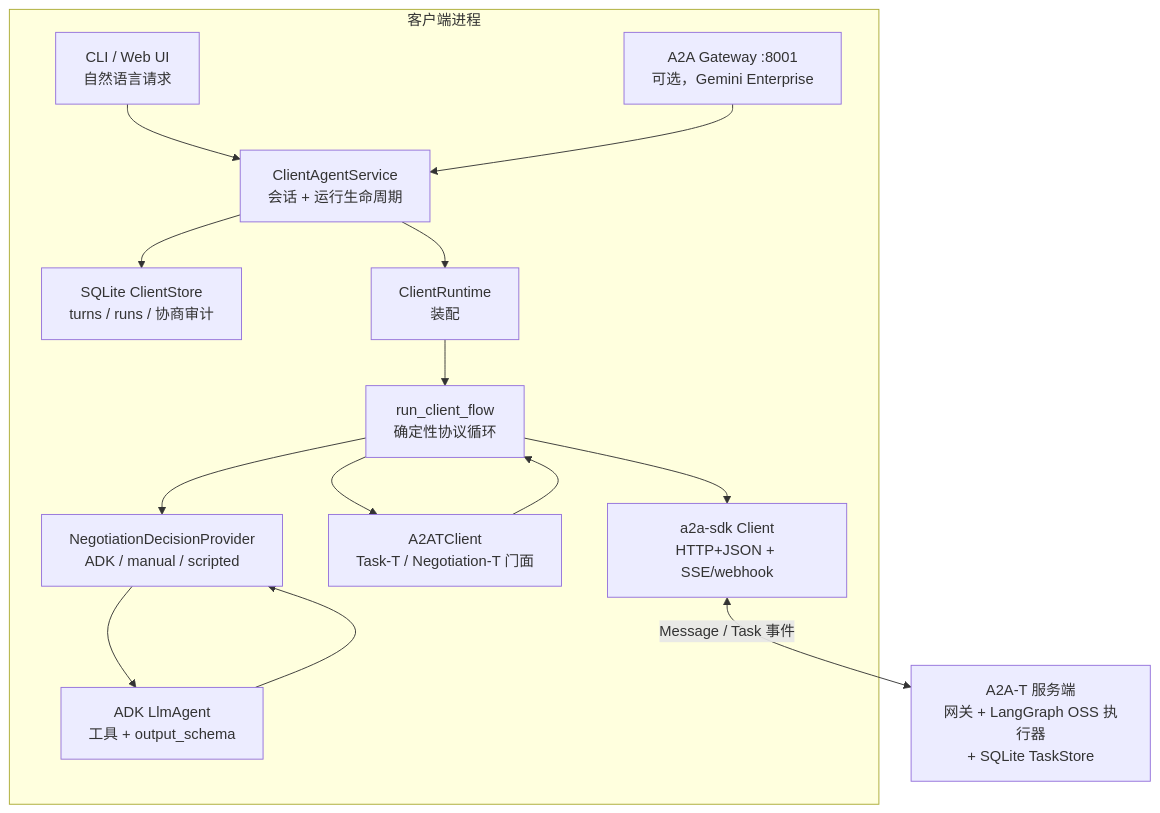
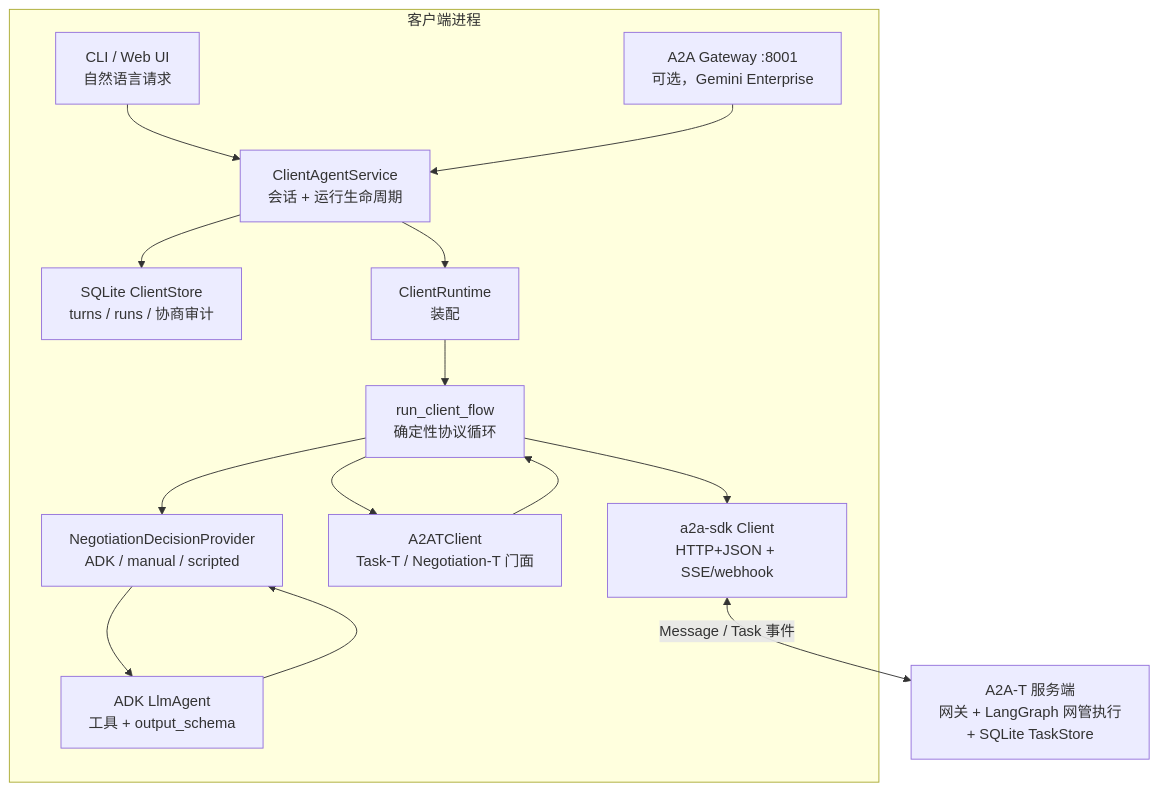
Before and after one commit to codetalks-hw/a2a-t-sdk-python: the third of 9 diagrams in a2a-t-sample/ran-energy-saving/README-zh.md, drawn with Mermaid. The commit also changed other lines of this file and 1 other file, not shown here.

First line of the commit message:
docs(ran-sample): add a business view and correct the oss role

````diff
--- a/a2a-t-sample/ran-energy-saving/README-zh.md
+++ b/a2a-t-sample/ran-energy-saving/README-zh.md
@@ -109,26 +139,26 @@
 ```mermaid
 flowchart TB
     subgraph Client["客户端进程"]
         UI["CLI / Web UI<br/>自然语言请求"]
         GW["A2A Gateway :8001<br/>可选，Gemini Enterprise"]
         SVC["ClientAgentService<br/>会话 + 运行生命周期"]
         STORE["SQLite ClientStore<br/>turns / runs / 协商审计"]
         RT["ClientRuntime<br/>装配"]
         FLOW["run_client_flow<br/>确定性协议循环"]
         PROV["NegotiationDecisionProvider<br/>ADK / manual / scripted"]
         AGENT["ADK LlmAgent<br/>工具 + output_schema"]
         FACADE["A2ATClient<br/>Task-T / Negotiation-T 门面"]
         A2A["a2a-sdk Client<br/>HTTP+JSON + SSE/webhook"]
         UI --> SVC
         GW --> SVC
         SVC --> STORE
         SVC --> RT --> FLOW
         FLOW --> PROV --> AGENT
         AGENT --> PROV
         FLOW --> FACADE
         FACADE --> FLOW
         FLOW --> A2A
     end
-    SERVER["A2A-T 服务端<br/>网关 + LangGraph OSS 执行器<br/>+ SQLite TaskStore"]
+    SERVER["A2A-T 服务端<br/>网关 + LangGraph 网管执行<br/>+ SQLite TaskStore"]
     A2A <-->|"Message / Task 事件"| SERVER
 ```
````
